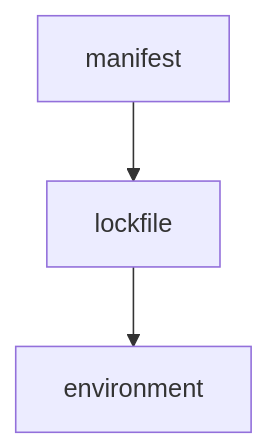
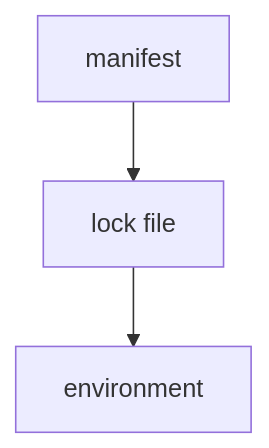
Before and after one commit to prefix-dev/pixi: the second of 2 diagrams in docs/workspace/lockfile.md, drawn with Mermaid. The commit also changed other lines of this file and 2 other files, not shown here.

````diff
--- a/docs/workspace/lockfile.md
+++ b/docs/workspace/lockfile.md
@@ -111,4 +111,4 @@
     ```mermaid
     flowchart TD
-        C[manifest] --> A[lockfile] --> B[environment]
+        C[manifest] --> A[lock file] --> B[environment]
     ```
````
